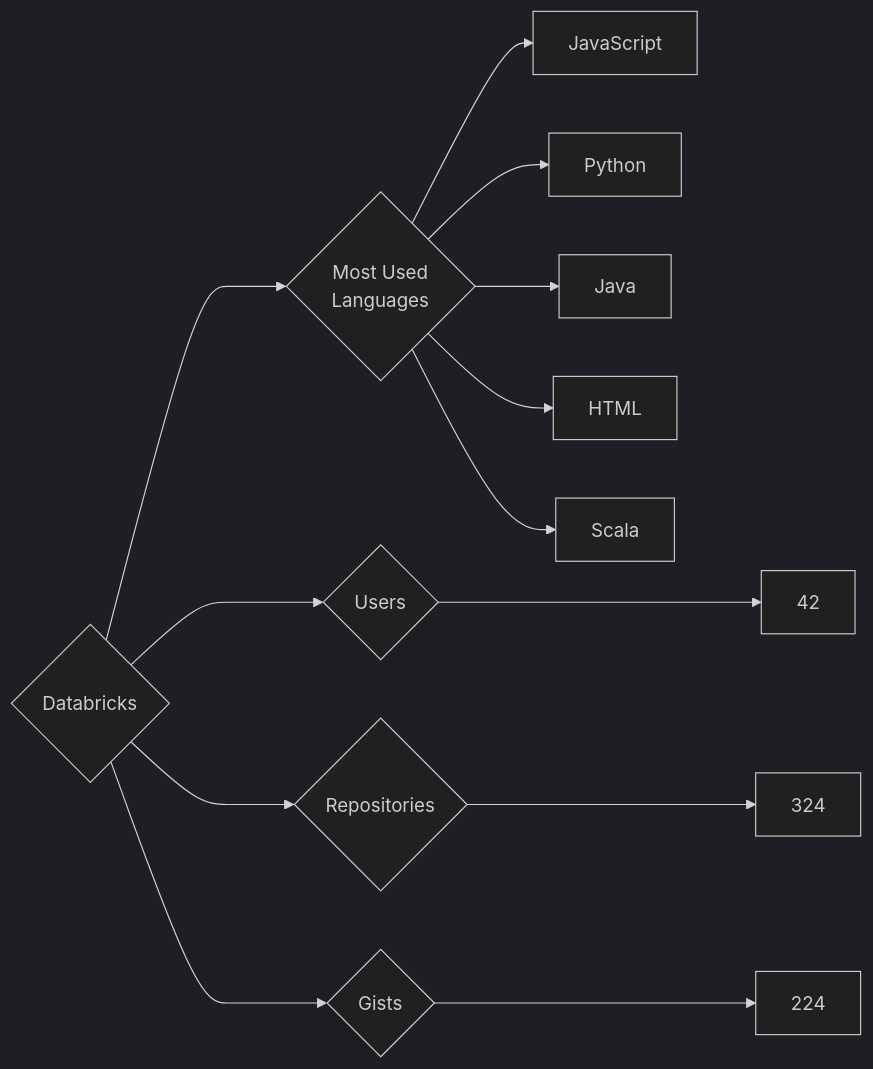
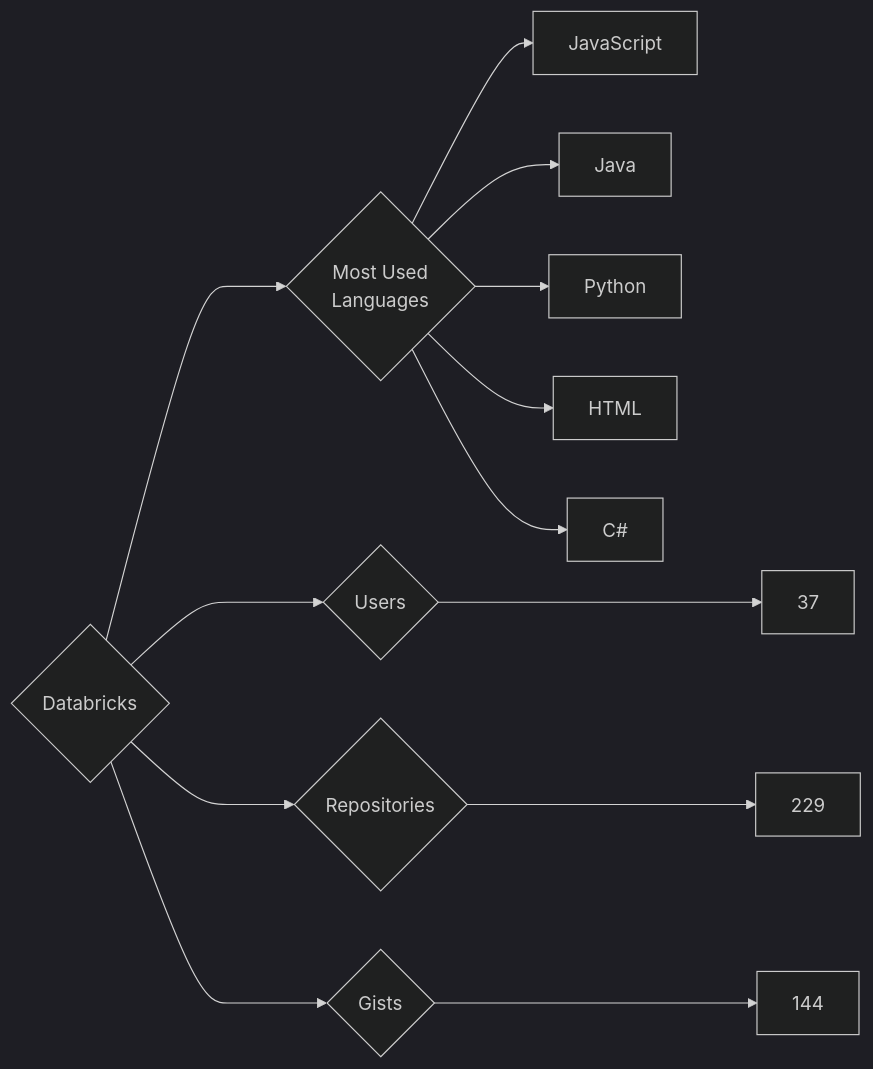
The diagram in targets/Databricks/README.md (trickest/insiders), drawn with Mermaid (dark theme) before and after one commit. The commit also changed 794 other files, not shown here.

````diff
--- a/targets/Databricks/README.md
+++ b/targets/Databricks/README.md
@@ -3,13 +3,13 @@
 ```mermaid
 graph LR
 COMPANY_NAME{Databricks}
-COMPANY_NAME ---> U{Users} ---> UN[42]
-COMPANY_NAME ---> R{Repositories} ---> RN[324]
-COMPANY_NAME ---> G{Gists} ---> GN[224]
+COMPANY_NAME ---> U{Users} ---> UN[37]
+COMPANY_NAME ---> R{Repositories} ---> RN[229]
+COMPANY_NAME ---> G{Gists} ---> GN[144]
 COMPANY_NAME ---> ML{Most Used<br>Languages}
 ML --> JavaScript[JavaScript]
+ML --> Java[Java]
 ML --> Python[Python]
-ML --> Java[Java]
 ML --> HTML[HTML]
-ML --> Scala[Scala]
+ML --> C#[C#]
 ```
````
